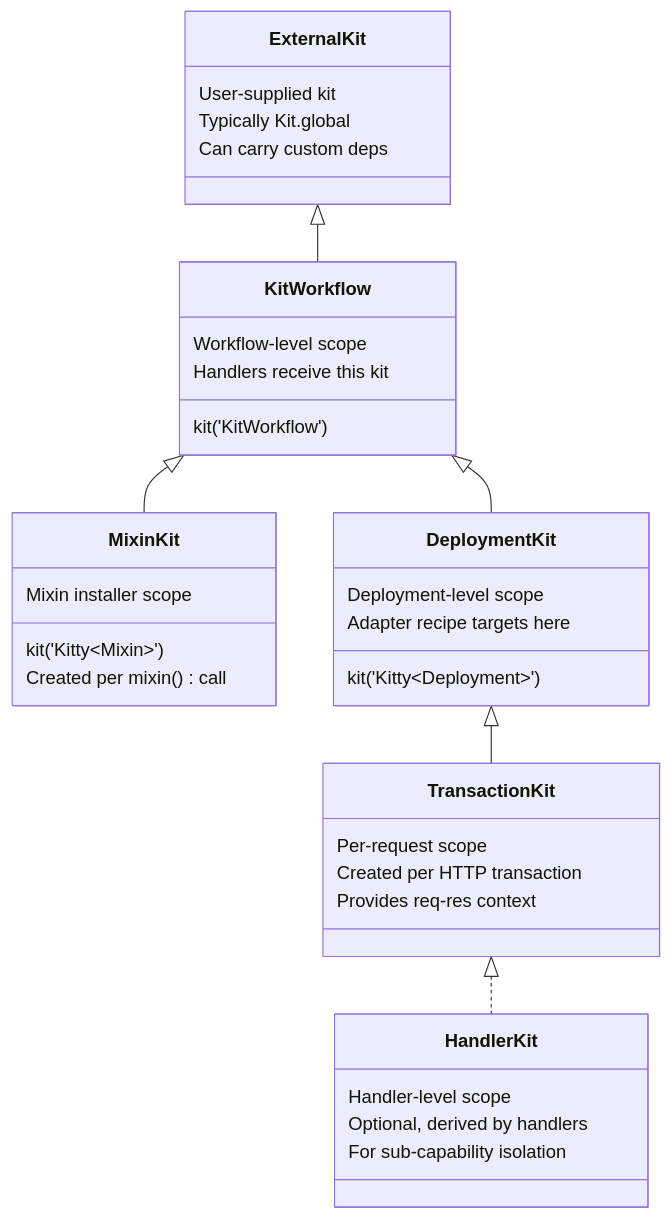
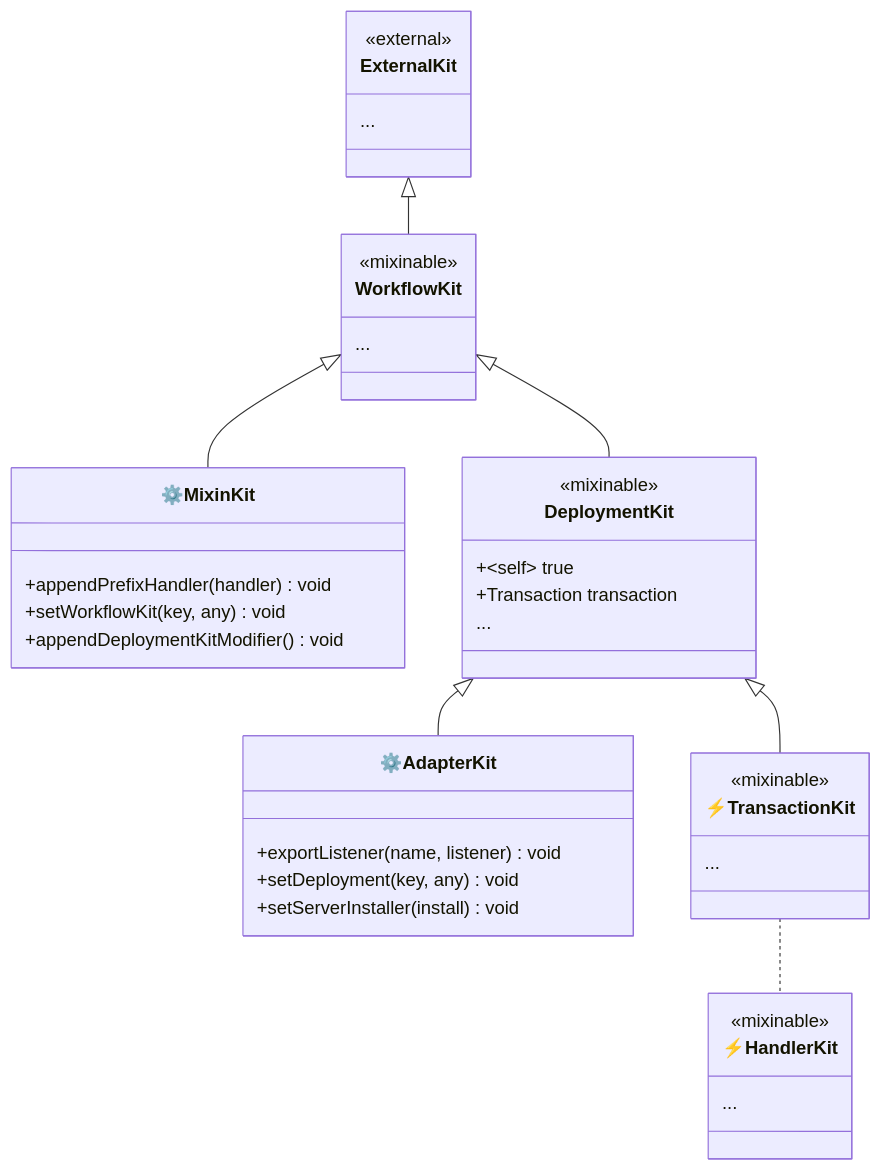
The diagram in packages/workflow/DESIGN.md (produck/kitty), drawn with Mermaid before and after one commit. The commit also changed other lines of this file and 15 other files, not shown here.

Commit message:
@produck/kitty-workflow: [REFACTOR] migrate workflow core from Transaction module to Exchange module [FIX] <test>: remove incomplete adapter test case that breaks formatting [FIX] align workflow index exports with migrated source layout

````diff
--- a/packages/workflow/DESIGN.md
+++ b/packages/workflow/DESIGN.md
@@ -63,39 +99,43 @@
 ```mermaid
 classDiagram
   class ExternalKit {
-    User-supplied kit
-    Typically Kit.global
-    Can carry custom deps
+    <<external>>
+    ...
   }
-  class KitWorkflow {
-    Workflow-level scope
-    kit('KitWorkflow')
-    Handlers receive this kit
+  class WorkflowKit {
+    <<mixinable>>
+    ...
   }
-  class MixinKit {
-    Mixin installer scope
-    kit('Kitty&lt;Mixin&gt;')
-    Created per mixin() call
+  class MixinKit["⚙️MixinKit"] {
+    +appendPrefixHandler(handler) void
+    +setWorkflowKit(key, any) void
+    +appendDeploymentKitModifier() void
   }
   class DeploymentKit {
-    Deployment-level scope
-    kit('Kitty&lt;Deployment&gt;')
-    Adapter recipe targets here
+    <<mixinable>>
+    +~self~ true
+    +Transaction transaction
+    ...
   }
-  class TransactionKit {
-    Per-request scope
-    Created per HTTP transaction
-    Provides req-res context
+  class AdapterKit["⚙️AdapterKit"] {
+    +exportListener(name, listener) void
+    +setDeployment(key, any) void
+    +setServerInstaller(install) void
   }
-  class HandlerKit {
-    Handler-level scope
-    Optional, derived by handlers
-    For sub-capability isolation
+  class TransactionKit["⚡TransactionKit"] {
+    <<mixinable>>
+    ...
+  }
+  class HandlerKit["⚡HandlerKit"] {
+    <<mixinable>>
+    ...
   }
 
-  ExternalKit <|-- KitWorkflow
-  KitWorkflow <|-- MixinKit
-  KitWorkflow <|-- DeploymentKit
+  ExternalKit <|-- WorkflowKit
+  WorkflowKit <|-- MixinKit
+  WorkflowKit <|-- DeploymentKit
   DeploymentKit <|-- TransactionKit
-  TransactionKit <|.. HandlerKit
+  DeploymentKit <|-- AdapterKit
+  TransactionKit .. HandlerKit
+
 ```
````
